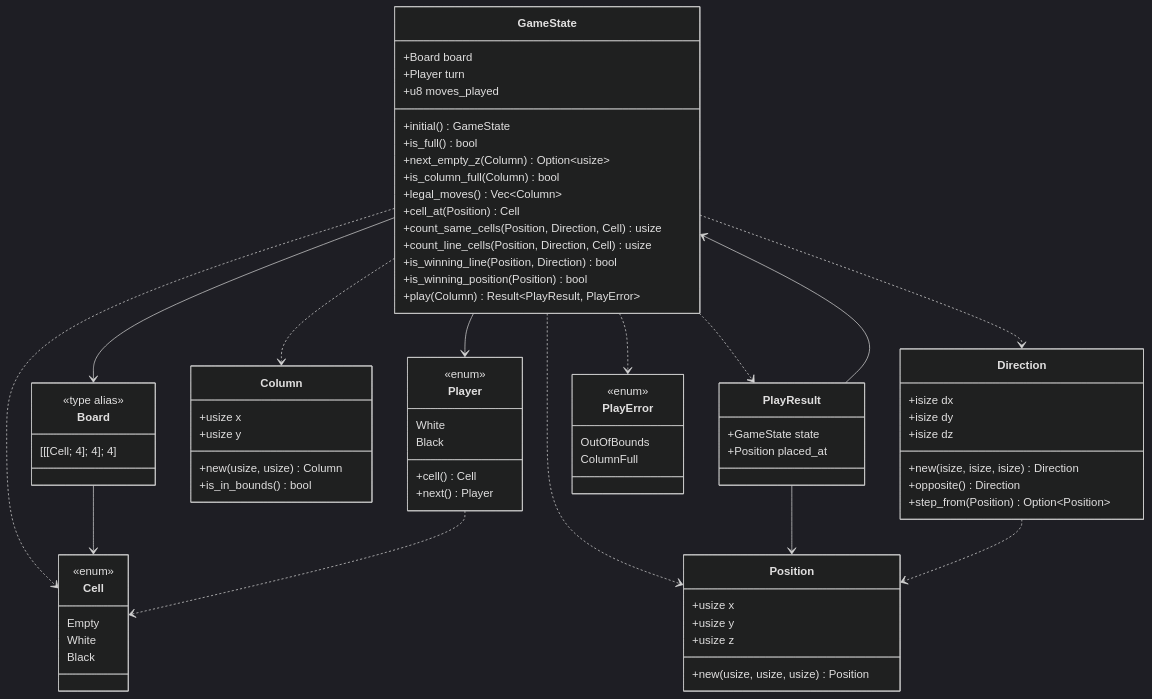
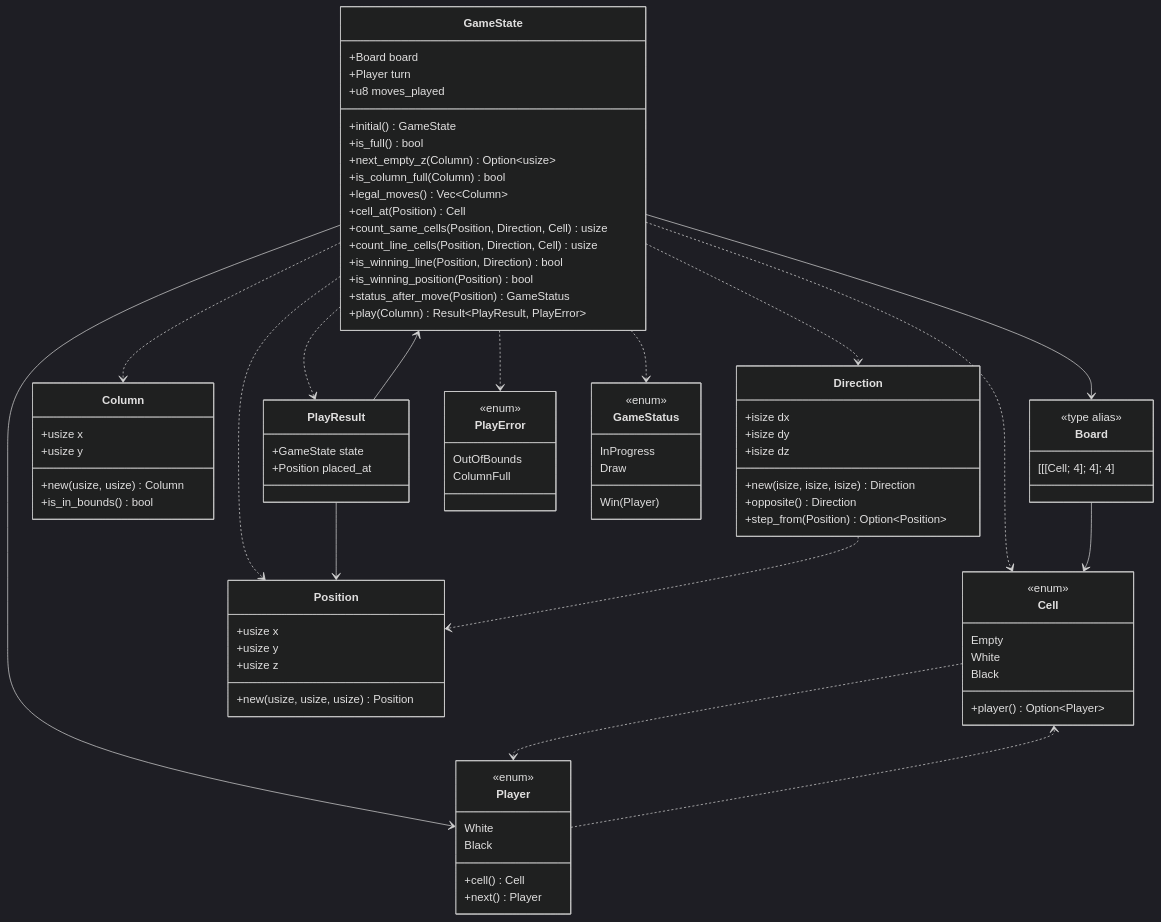
One commit to keiichiro-sonoda/rittai4moku changed the first of 5 diagrams in docs/uml.md. Above: the diagram before and after it, drawn with Mermaid (dark theme). The commit also changed other lines of this file and 6 other files, not shown here.

Commit message:
Add GameStatus enum and player method in Cell for game state management

```diff
--- a/docs/uml.md
+++ b/docs/uml.md
@@ -26,6 +26,7 @@
         +count_line_cells(Position, Direction, Cell) usize
         +is_winning_line(Position, Direction) bool
         +is_winning_position(Position) bool
+        +status_after_move(Position) GameStatus
         +play(Column) Result~PlayResult, PlayError~
     }
 
@@ -39,6 +40,7 @@
         Empty
         White
         Black
+        +player() Option~Player~
     }
 
     class Player {
@@ -83,6 +85,13 @@
         ColumnFull
     }
 
+    class GameStatus {
+        <<enum>>
+        InProgress
+        Win(Player)
+        Draw
+    }
+
     GameState --> Board
     GameState --> Player
     GameState ..> Column
@@ -91,8 +100,10 @@
     GameState ..> Cell
     GameState ..> PlayResult
     GameState ..> PlayError
+    GameState ..> GameStatus
     Board --> Cell
     Player ..> Cell
+    Cell ..> Player
     PlayResult --> GameState
     PlayResult --> Position
     Direction ..> Position
```
